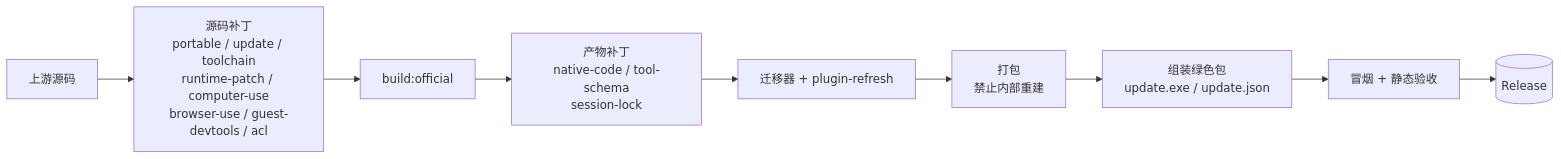
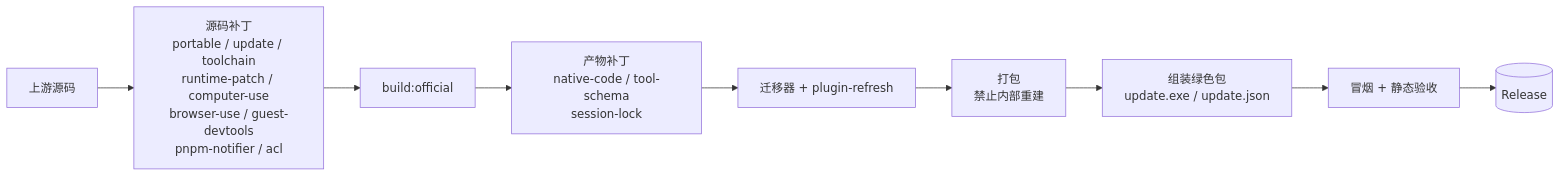
Before and after one commit to citydirector/DSH-build: the diagram in README.md, drawn with Mermaid. The commit also changed other lines of this file and 1 other file, not shown here.

Commit message:
docs(readme): describe the upstream-following pnpm pin and the silenced notifier

````diff
--- a/README.md
+++ b/README.md
@@ -71,11 +72,11 @@
 ```mermaid
 flowchart LR
-  U[上游源码] --> S[源码补丁<br/>portable / update / toolchain<br/>runtime-patch / computer-use<br/>browser-use / guest-devtools / acl]
+  U[上游源码] --> S[源码补丁<br/>portable / update / toolchain<br/>runtime-patch / computer-use<br/>browser-use / guest-devtools<br/>pnpm-notifier / acl]
   S --> B[build:official]
   B --> L[产物补丁<br/>native-code / tool-schema<br/>session-lock]
   L --> M[迁移器 + plugin-refresh]
   M --> P[打包<br/>禁止内部重建]
   P --> G[组装绿色包<br/>update.exe / update.json]
   G --> V[冒烟 + 静态验收]
   V --> R[(Release)]
 ```
````
